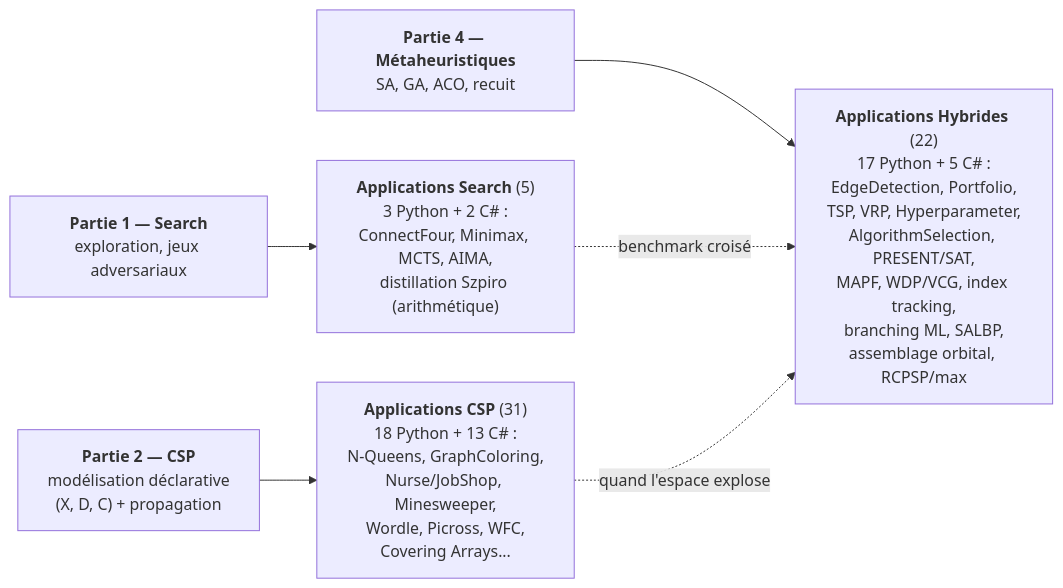
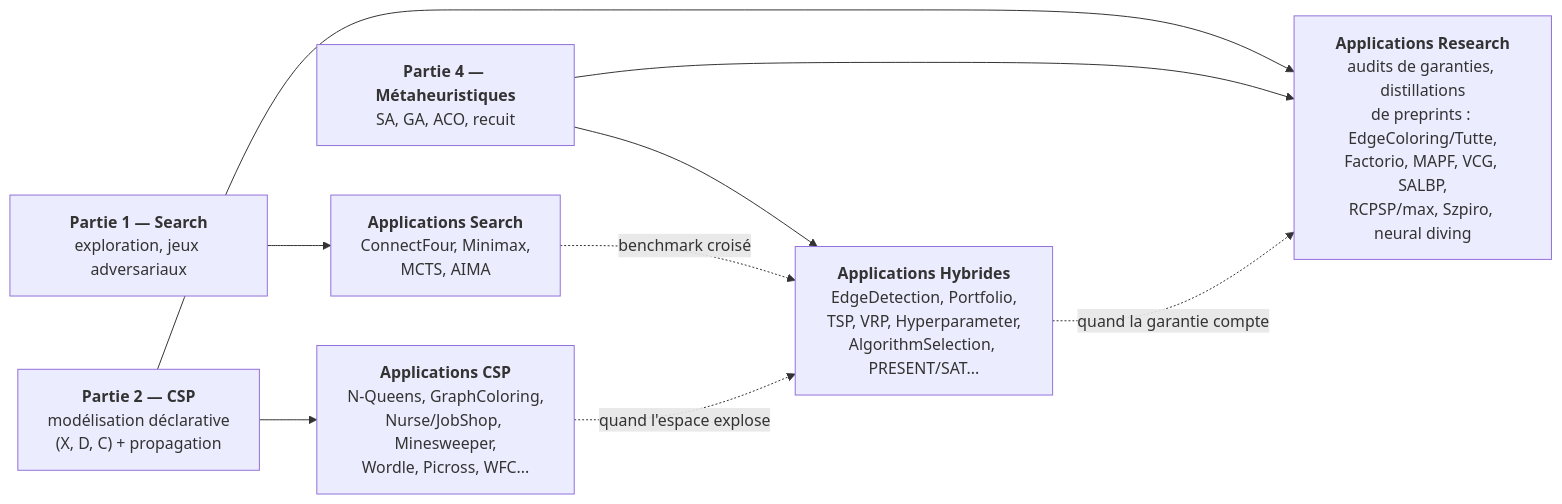
Before and after one commit to jsboige/CoursIA: the diagram in MyIA.AI.Notebooks/Search/Applications/README.md, drawn with Mermaid. The commit also changed other lines of this file and 67 other files, not shown here.

First line of the commit message:
rename(#16231): descente Applications/Research -- referents manuels, data, re-exec C.2

````diff
--- a/MyIA.AI.Notebooks/Search/Applications/README.md
+++ b/MyIA.AI.Notebooks/Search/Applications/README.md
@@ -39,14 +40,18 @@
 ```mermaid
 flowchart LR
     P1["<b>Partie 1 — Search</b><br/>exploration, jeux adversariaux"]
     P2["<b>Partie 2 — CSP</b><br/>modélisation déclarative<br/>(X, D, C) + propagation"]
     P4["<b>Partie 4 — Métaheuristiques</b><br/>SA, GA, ACO, recuit"]
-    S["<b>Applications Search</b> (5)<br/>3 Python + 2 C# :<br/>ConnectFour, Minimax, MCTS, AIMA,<br/>distillation Szpiro (arithmétique)"]
-    C["<b>Applications CSP</b> (31)<br/>18 Python + 13 C# :<br/>N-Queens, GraphColoring,<br/>Nurse/JobShop, Minesweeper,<br/>Wordle, Picross, WFC,<br/>Covering Arrays..."]
-    H["<b>Applications Hybrides</b> (22)<br/>17 Python + 5 C# :<br/>EdgeDetection, Portfolio,<br/>TSP, VRP, Hyperparameter,<br/>AlgorithmSelection, PRESENT/SAT,<br/>MAPF, WDP/VCG, index tracking,<br/>branching ML, SALBP,<br/>assemblage orbital, RCPSP/max"]
+    S["<b>Applications Search</b><br/>ConnectFour, Minimax,<br/>MCTS, AIMA"]
+    C["<b>Applications CSP</b><br/>N-Queens, GraphColoring,<br/>Nurse/JobShop, Minesweeper,<br/>Wordle, Picross, WFC..."]
+    H["<b>Applications Hybrides</b><br/>EdgeDetection, Portfolio,<br/>TSP, VRP, Hyperparameter,<br/>AlgorithmSelection, PRESENT/SAT..."]
+    R["<b>Applications Research</b><br/>audits de garanties, distillations<br/>de preprints : EdgeColoring/Tutte,<br/>Factorio, MAPF, VCG, SALBP,<br/>RCPSP/max, Szpiro, neural diving"]
     P1 --> S
     P2 --> C
     P4 --> H
+    P2 --> R
+    P4 --> R
     S -.->|"benchmark croisé"| H
     C -.->|"quand l'espace explose"| H
+    H -.->|"quand la garantie compte"| R
 ```
````
